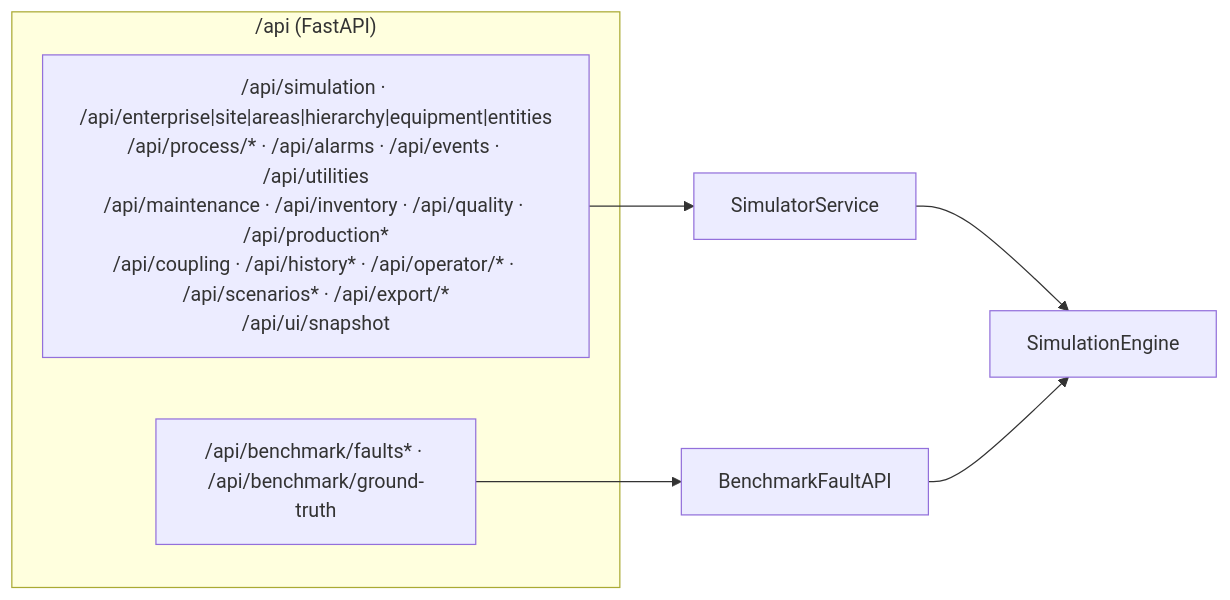
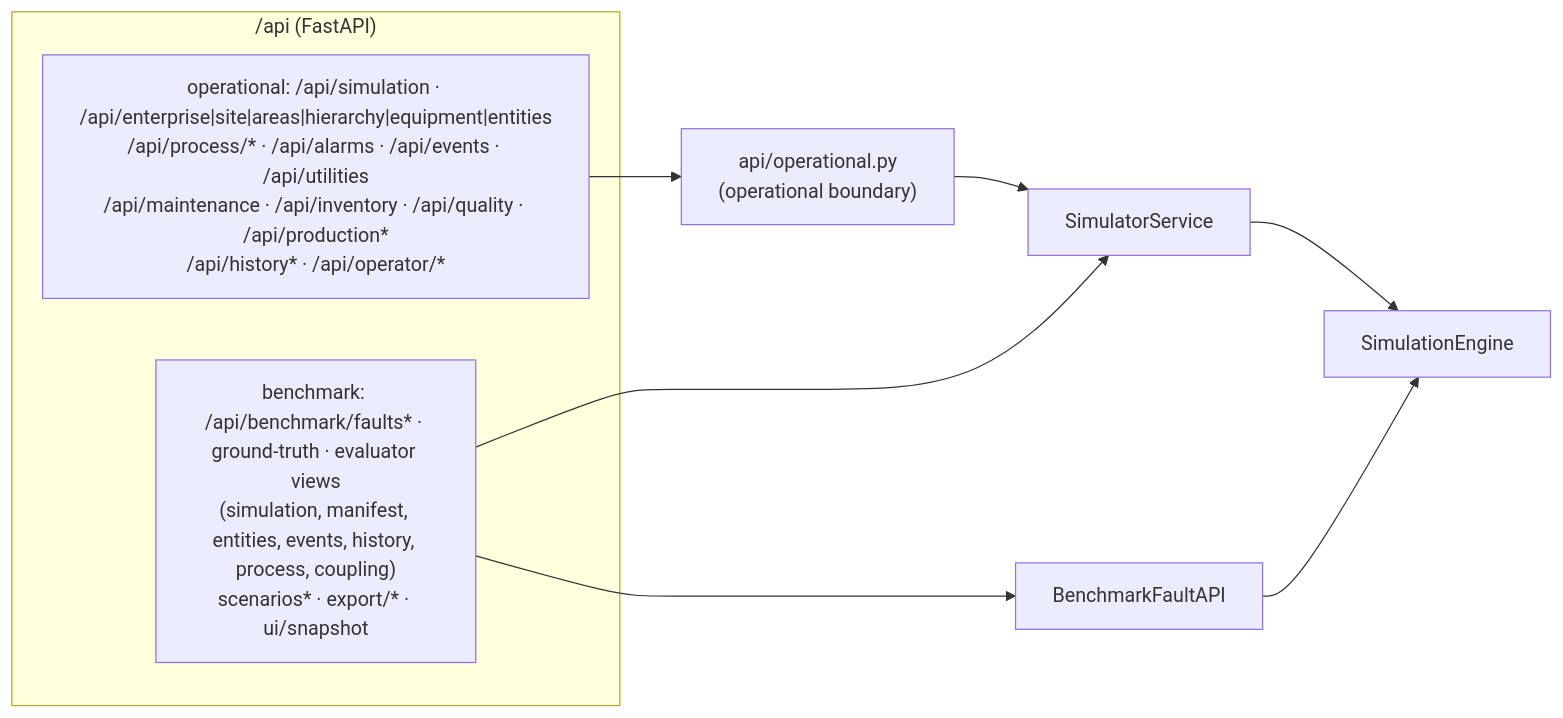
Before and after one commit to rishabhvenketeshNIST/IndustrialAgentContextBenchmark: the diagram in docs/08_api/api_overview.md, drawn with Mermaid. The commit also changed other lines of this file and 43 other files, not shown here.

First line of the commit message:
fix: enforce the operational information boundary on the API

````diff
--- a/docs/08_api/api_overview.md
+++ b/docs/08_api/api_overview.md
@@ -12,11 +12,12 @@
 ```mermaid
 flowchart LR
   subgraph REST["/api (FastAPI)"]
-    OPS["/api/simulation · /api/enterprise|site|areas|hierarchy|equipment|entities<br/>/api/process/* · /api/alarms · /api/events · /api/utilities<br/>/api/maintenance · /api/inventory · /api/quality · /api/production*<br/>/api/coupling · /api/history* · /api/operator/* · /api/scenarios* · /api/export/*<br/>/api/ui/snapshot"]
-    BEN["/api/benchmark/faults* · /api/benchmark/ground-truth"]
+    OPS["operational: /api/simulation · /api/enterprise|site|areas|hierarchy|equipment|entities<br/>/api/process/* · /api/alarms · /api/events · /api/utilities<br/>/api/maintenance · /api/inventory · /api/quality · /api/production*<br/>/api/history* · /api/operator/*"]
+    BEN["benchmark: /api/benchmark/faults* · ground-truth · evaluator views<br/>(simulation, manifest, entities, events, history, process, coupling)<br/>scenarios* · export/* · ui/snapshot"]
   end
-  OPS --> S["SimulatorService"]
+  OPS --> BND["api/operational.py<br/>(operational boundary)"] --> S["SimulatorService"]
+  BEN --> S
   BEN --> B["BenchmarkFaultAPI"]
   S --> E["SimulationEngine"]
   B --> E
 ```
````
